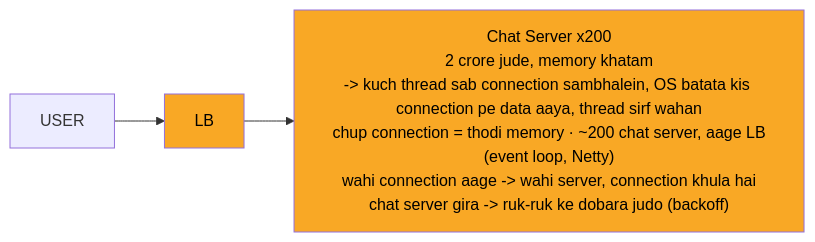
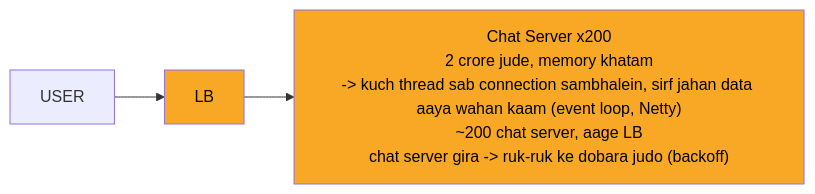
One commit to ArpanMaheshwari144/Prep changed the diagram in 04_HLD/SYSTEM_DESIGNS/14_chat_messaging/img/c1.mmd. Above: the diagram before and after it, drawn with Mermaid. The commit also changed 43 other files, not shown here.

```diff
--- a/04_HLD/SYSTEM_DESIGNS/14_chat_messaging/img/c1.mmd
+++ b/04_HLD/SYSTEM_DESIGNS/14_chat_messaging/img/c1.mmd
@@ -1,9 +1,9 @@
 %%{init: {"flowchart": {"wrappingWidth": 450}}}%%
 flowchart LR
     n_U["USER"]
     n_LB["LB"]
-    n_CS["Chat Server x200<br/>2 crore jude, memory khatam<br/>-> kuch thread sab connection sambhalein, OS batata kis connection pe data aaya, thread sirf wahan<br/>chup connection = thodi memory · ~200 chat server, aage LB<br/>(event loop, Netty)<br/>wahi connection aage -> wahi server, connection khula hai<br/>chat server gira -> ruk-ruk ke dobara judo (backoff)"]
+    n_CS["Chat Server x200<br/>2 crore jude, memory khatam<br/>-> kuch thread sab connection sambhalein, sirf jahan data aaya wahan kaam (event loop, Netty)<br/>~200 chat server, aage LB<br/>chat server gira -> ruk-ruk ke dobara judo (backoff)"]
     n_U --> n_LB
     n_LB --> n_CS
     style n_CS fill:#f9a825,color:#000
     style n_LB fill:#f9a825,color:#000
```
